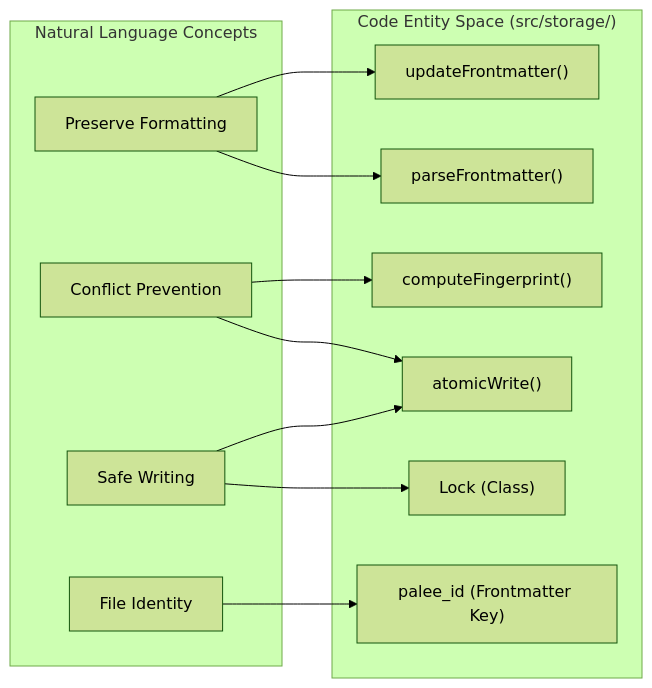
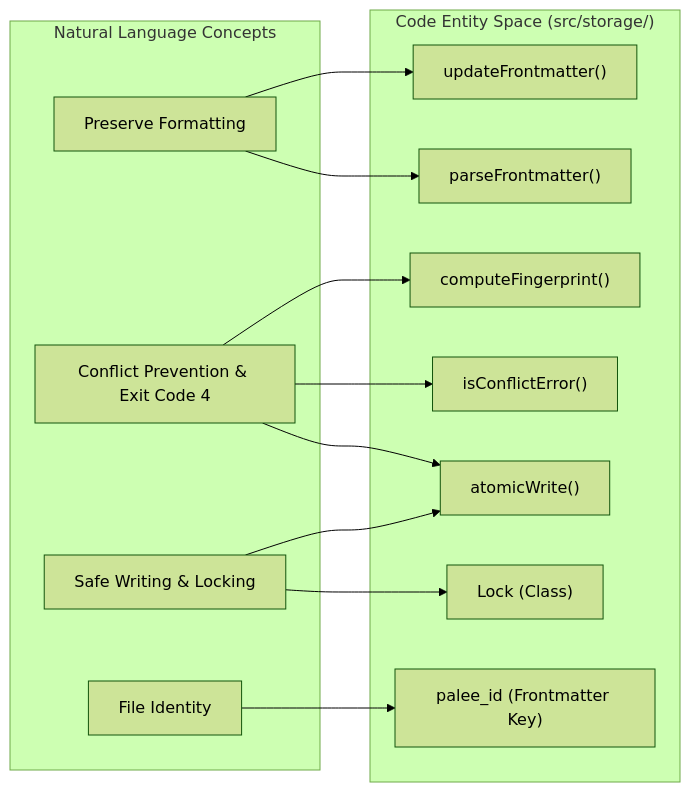
The second of 2 diagrams in docs/04-1-frontmatter-parser-and-atomic-writes.md (Kuldeep2822k/cli), drawn with Mermaid (forest theme) before and after one commit. The commit also changed other lines of this file and 27 other files, not shown here.

````diff
--- a/docs/04-1-frontmatter-parser-and-atomic-writes.md
+++ b/docs/04-1-frontmatter-parser-and-atomic-writes.md
@@ -97,24 +118,26 @@
 ```mermaid
 flowchart LR
     subgraph subGraph1 ["Code Entity Space (src/storage/)"]
         A1["updateFrontmatter()"]
         A2["parseFrontmatter()"]
         B1["computeFingerprint()"]
+        B2["isConflictError()"]
         C1["atomicWrite()"]
         C2["Lock (Class)"]
         D1["palee_id (Frontmatter Key)"]
     end
     subgraph subGraph0 ["Natural Language Concepts"]
         A["Preserve Formatting"]
-        B["Conflict Prevention"]
-        C["Safe Writing"]
+        B["Conflict Prevention & Exit Code 4"]
+        C["Safe Writing & Locking"]
         D["File Identity"]
     end
     A --> A1
     A --> A2
     B --> B1
+    B --> B2
     B --> C1
     C --> C1
     C --> C2
     D --> D1
 ```
````
